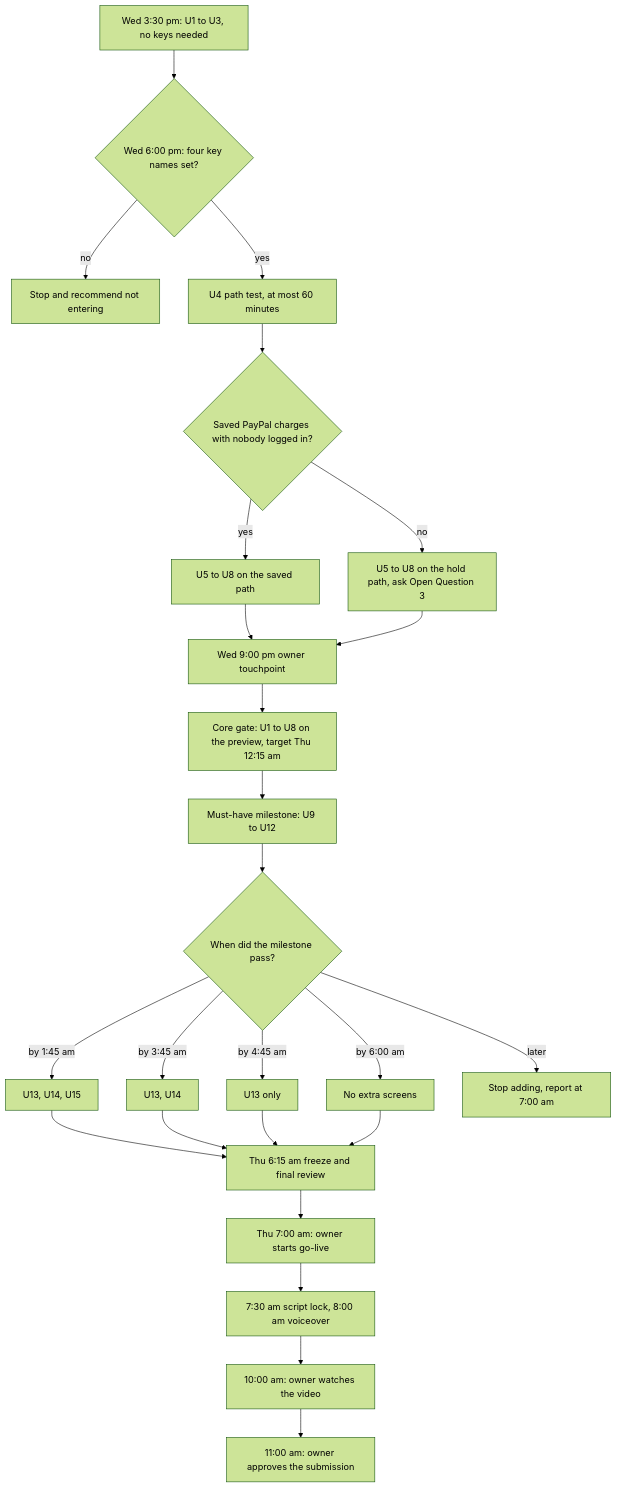
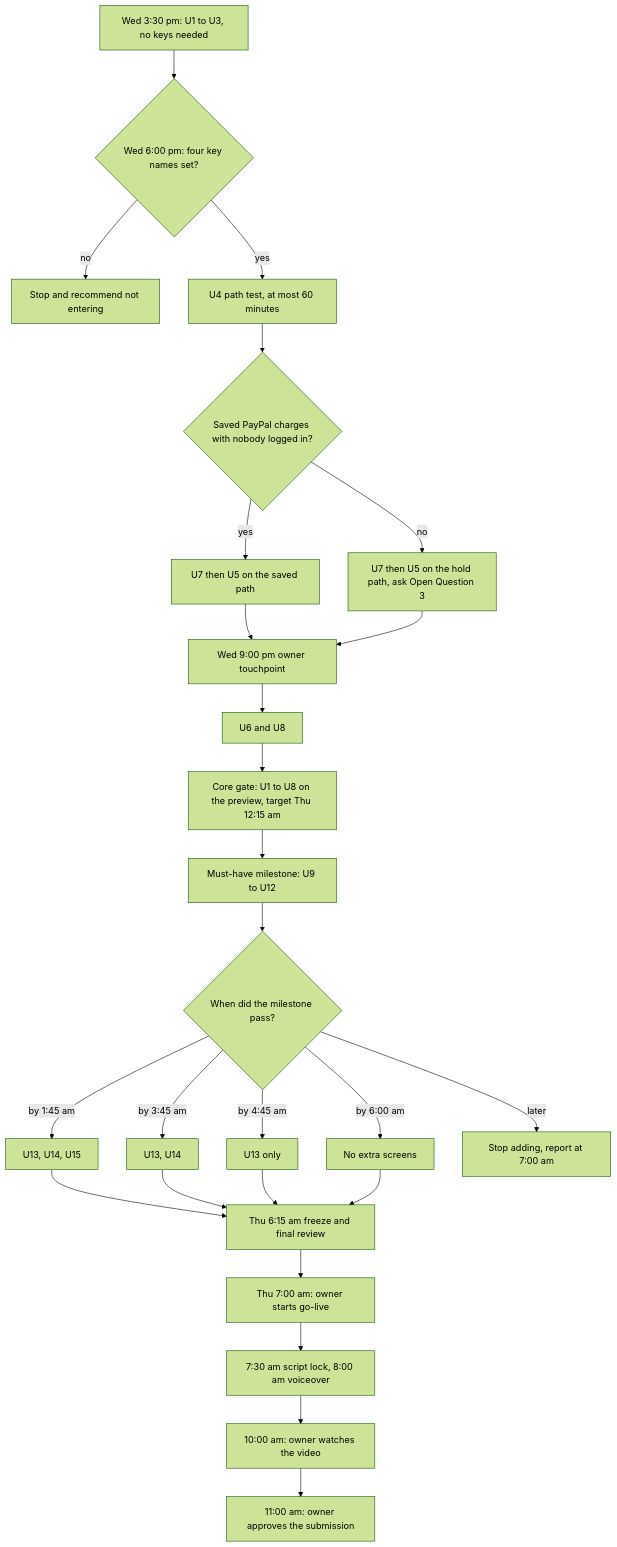
The fifth of 6 diagrams in docs/plans/2026-11-11-1503-feat-allowance-demo-milestone-plan.md (zaeem-rafiq/allowance), drawn with Mermaid (forest theme) before and after one commit. The commit also changed other lines of this file, not shown here.

Commit message:
Apply plan review fixes: owner sign-in before 9 pm, recording on the preview, cut cleanups

````diff
--- a/docs/plans/2026-11-11-1503-feat-allowance-demo-milestone-plan.md
+++ b/docs/plans/2026-11-11-1503-feat-allowance-demo-milestone-plan.md
@@ -297,27 +298,28 @@
 ```mermaid
 flowchart TB
   S["Wed 3:30 pm: U1 to U3, no keys needed"] --> G0{"Wed 6:00 pm: four key names set?"}
   G0 -->|no| X[Stop and recommend not entering]
   G0 -->|yes| P1["U4 path test, at most 60 minutes"]
   P1 --> G1{"Saved PayPal charges with nobody logged in?"}
-  G1 -->|yes| C[U5 to U8 on the saved path]
-  G1 -->|no| H["U5 to U8 on the hold path, ask Open Question 3"]
+  G1 -->|yes| C[U7 then U5 on the saved path]
+  G1 -->|no| H["U7 then U5 on the hold path, ask Open Question 3"]
   C --> T9["Wed 9:00 pm owner touchpoint"]
   H --> T9
-  T9 --> CG["Core gate: U1 to U8 on the preview, target Thu 12:15 am"]
+  T9 --> U68[U6 and U8]
+  U68 --> CG["Core gate: U1 to U8 on the preview, target Thu 12:15 am"]
   CG --> M[Must-have milestone: U9 to U12]
   M --> Q{"When did the milestone pass?"}
   Q -->|"by 1:45 am"| A3[U13, U14, U15]
   Q -->|"by 3:45 am"| A2[U13, U14]
   Q -->|"by 4:45 am"| A1[U13 only]
   Q -->|"by 6:00 am"| A0[No extra screens]
   Q -->|later| X2["Stop adding, report at 7:00 am"]
   A3 --> F["Thu 6:15 am freeze and final review"]
   A2 --> F
   A1 --> F
   A0 --> F
   F --> L["Thu 7:00 am: owner starts go-live"]
   L --> VO["7:30 am script lock, 8:00 am voiceover"]
   VO --> VID["10:00 am: owner watches the video"]
   VID --> SUB["11:00 am: owner approves the submission"]
 ```
````
